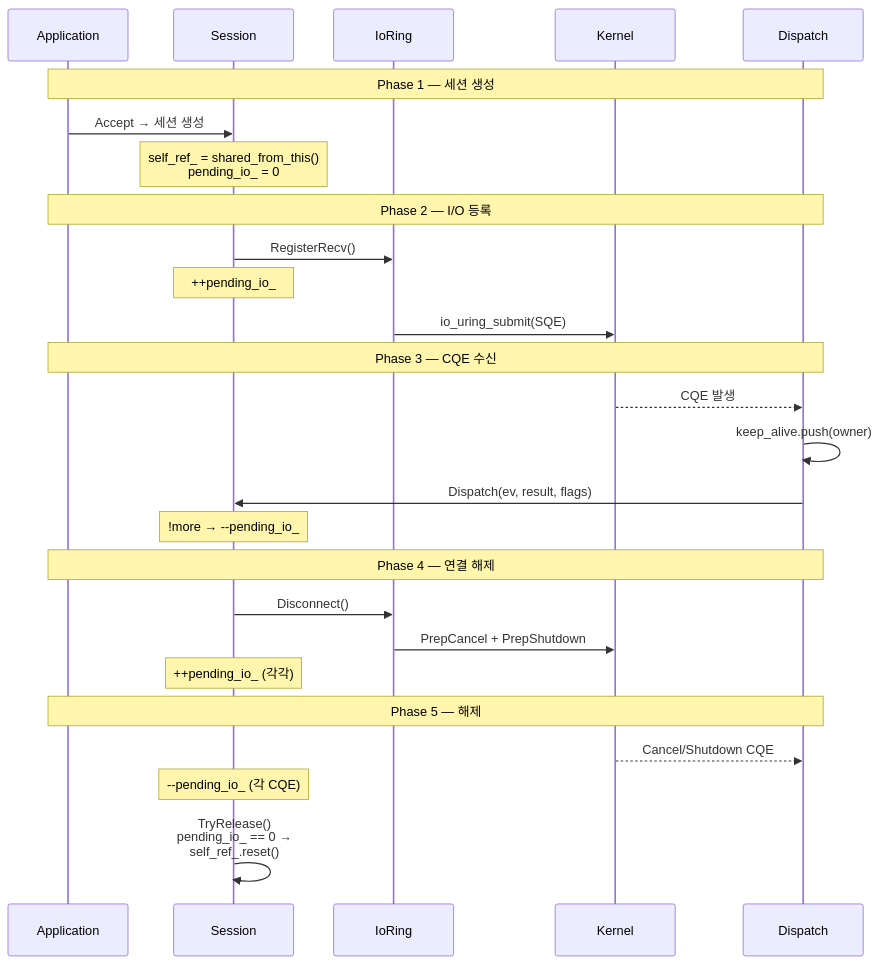
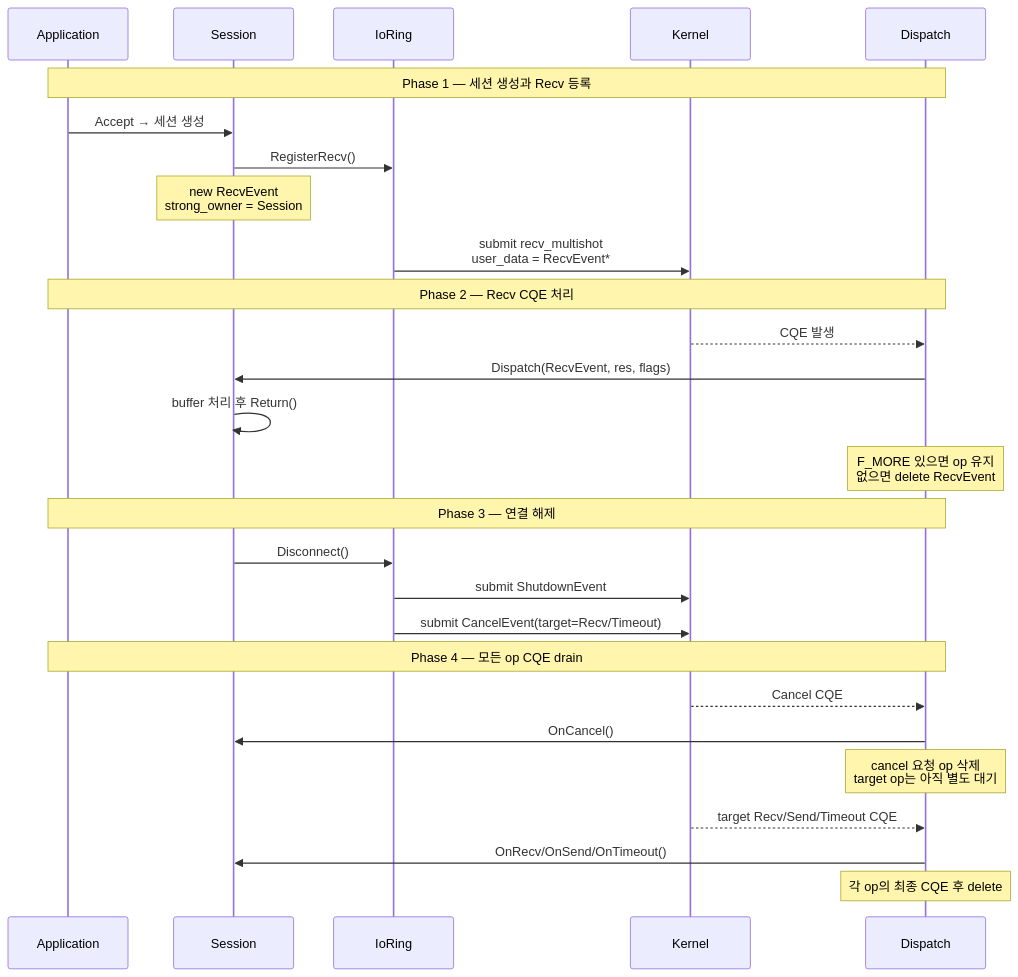
One commit to mint-cocoa/portfolio changed the fourth of 9 diagrams in docs/server/ServerCorePortfolio.qmd. Above: the diagram before and after it, drawn with Mermaid. The commit also changed other lines of this file and 56 other files, not shown here.

````diff
--- a/docs/server/ServerCorePortfolio.qmd
+++ b/docs/server/ServerCorePortfolio.qmd
@@ -289,35 +344,35 @@
 ```{mermaid}
 %%| label: fig-session-lifecycle
-%%| fig-cap: "세션 수명관리 전체 흐름"
+%%| fig-cap: "Owned Op Context 기반 세션 수명관리"
 sequenceDiagram
     participant App as Application
     participant Sess as Session
     participant Ring as IoRing
     participant Kern as Kernel
     participant Disp as Dispatch
 
-    Note over App,Disp: Phase 1 — 세션 생성
+    Note over App,Disp: Phase 1 — 세션 생성과 Recv 등록
     App->>Sess: Accept → 세션 생성
-    Note over Sess: self_ref_ = shared_from_this()<br/>pending_io_ = 0
+    Sess->>Ring: RegisterRecv()
+    Note over Sess: new RecvEvent<br/>strong_owner = Session
+    Ring->>Kern: submit recv_multishot<br/>user_data = RecvEvent*
 
-    Note over App,Disp: Phase 2 — I/O 등록
-    Sess->>Ring: RegisterRecv()
-    Note over Sess: ++pending_io_
-    Ring->>Kern: io_uring_submit(SQE)
+    Note over App,Disp: Phase 2 — Recv CQE 처리
+    Kern-->>Disp: CQE 발생
+    Disp->>Sess: Dispatch(RecvEvent, res, flags)
+    Sess->>Sess: buffer 처리 후 Return()
+    Note over Disp: F_MORE 있으면 op 유지<br/>없으면 delete RecvEvent
 
-    Note over App,Disp: Phase 3 — CQE 수신
-    Kern-->>Disp: CQE 발생
-    Disp->>Disp: keep_alive.push(owner)
-    Disp->>Sess: Dispatch(ev, result, flags)
-    Note over Sess: !more → --pending_io_
+    Note over App,Disp: Phase 3 — 연결 해제
+    Sess->>Ring: Disconnect()
+    Ring->>Kern: submit ShutdownEvent
+    Ring->>Kern: submit CancelEvent(target=Recv/Timeout)
 
-    Note over App,Disp: Phase 4 — 연결 해제
-    Sess->>Ring: Disconnect()
-    Ring->>Kern: PrepCancel + PrepShutdown
-    Note over Sess: ++pending_io_ (각각)
-
-    Note over App,Disp: Phase 5 — 해제
-    Kern-->>Disp: Cancel/Shutdown CQE
-    Note over Sess: --pending_io_ (각 CQE)
-    Sess->>Sess: TryRelease()<br/>pending_io_ == 0 →<br/>self_ref_.reset()
+    Note over App,Disp: Phase 4 — 모든 op CQE drain
+    Kern-->>Disp: Cancel CQE
+    Disp->>Sess: OnCancel()
+    Note over Disp: cancel 요청 op 삭제<br/>target op는 아직 별도 대기
+    Kern-->>Disp: target Recv/Send/Timeout CQE
+    Disp->>Sess: OnRecv/OnSend/OnTimeout()
+    Note over Disp: 각 op의 최종 CQE 후 delete
 ```
````
